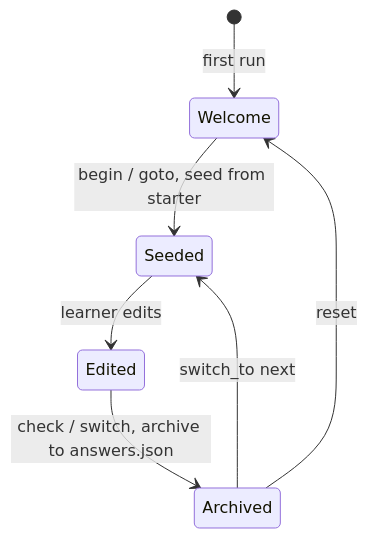
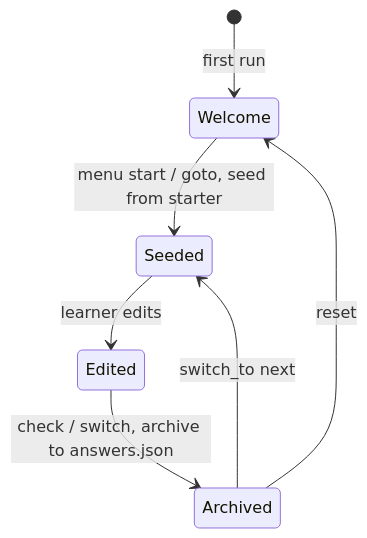
One commit to N041M/PyQuest changed the eighth of 10 diagrams in docs/architecture/engine-core.md. Above: the diagram before and after it, drawn with Mermaid. The commit also changed other lines of this file and 23 other files, not shown here.

Commit message:
Remove begin (use menu); split next (needs solve) from skip (forced advance)

````diff
--- a/docs/architecture/engine-core.md
+++ b/docs/architecture/engine-core.md
@@ -189,9 +189,9 @@
 ```mermaid
 stateDiagram-v2
     [*] --> Welcome : first run
-    Welcome --> Seeded : begin / goto, seed from starter
+    Welcome --> Seeded : menu start / goto, seed from starter
     Seeded --> Edited : learner edits
     Edited --> Archived : check / switch, archive to answers.json
     Archived --> Seeded : switch_to next
     Archived --> Welcome : reset
 ```
````
